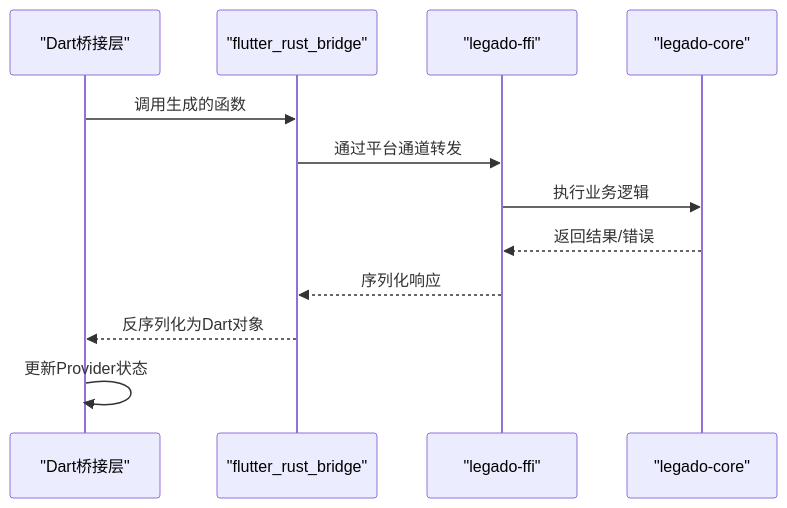
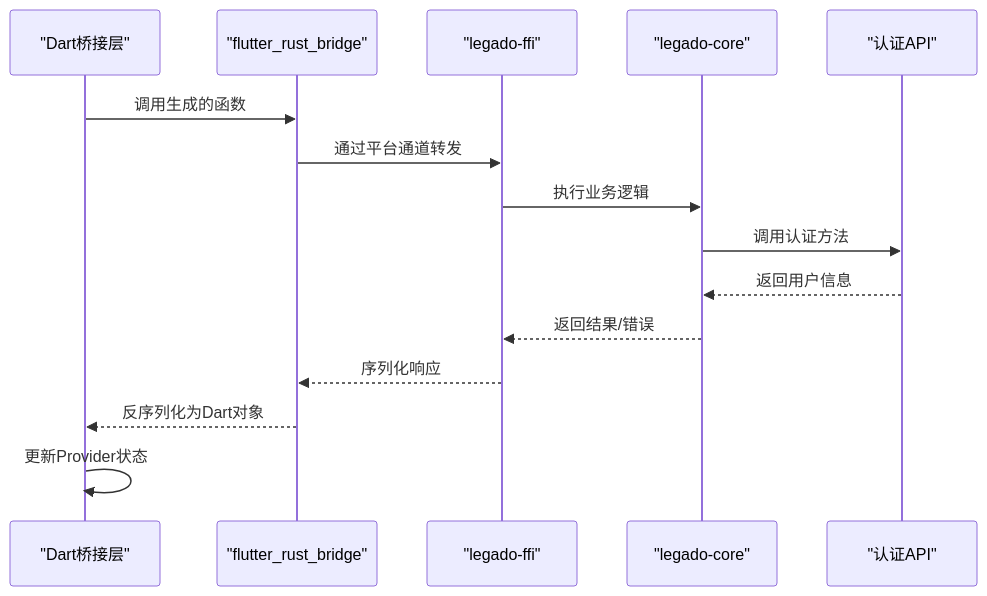
Before and after one commit to ZhangGHGitHub/LegadoTeamFlutter: the sixth of 8 diagrams in .qoder/repowiki/zh/content/Flutter跨平台应用/Flutter跨平台应用.md, drawn with Mermaid. The commit also changed other lines of this file and 269 other files, not shown here.

````diff
--- a/.qoder/repowiki/zh/content/Flutter跨平台应用/Flutter跨平台应用.md
+++ b/.qoder/repowiki/zh/content/Flutter跨平台应用/Flutter跨平台应用.md
@@ -264,14 +333,17 @@
 ```mermaid
 sequenceDiagram
 participant Dart as "Dart桥接层"
 participant FRB as "flutter_rust_bridge"
 participant FFI as "legado-ffi"
 participant Core as "legado-core"
+participant Auth as "认证API"
 Dart->>FRB : 调用生成的函数
 FRB->>FFI : 通过平台通道转发
 FFI->>Core : 执行业务逻辑
+Core->>Auth : 调用认证方法
+Auth-->>Core : 返回用户信息
 Core-->>FFI : 返回结果/错误
 FFI-->>FRB : 序列化响应
 FRB-->>Dart : 反序列化为Dart对象
 Dart->>Dart : 更新Provider状态
 ```
````
